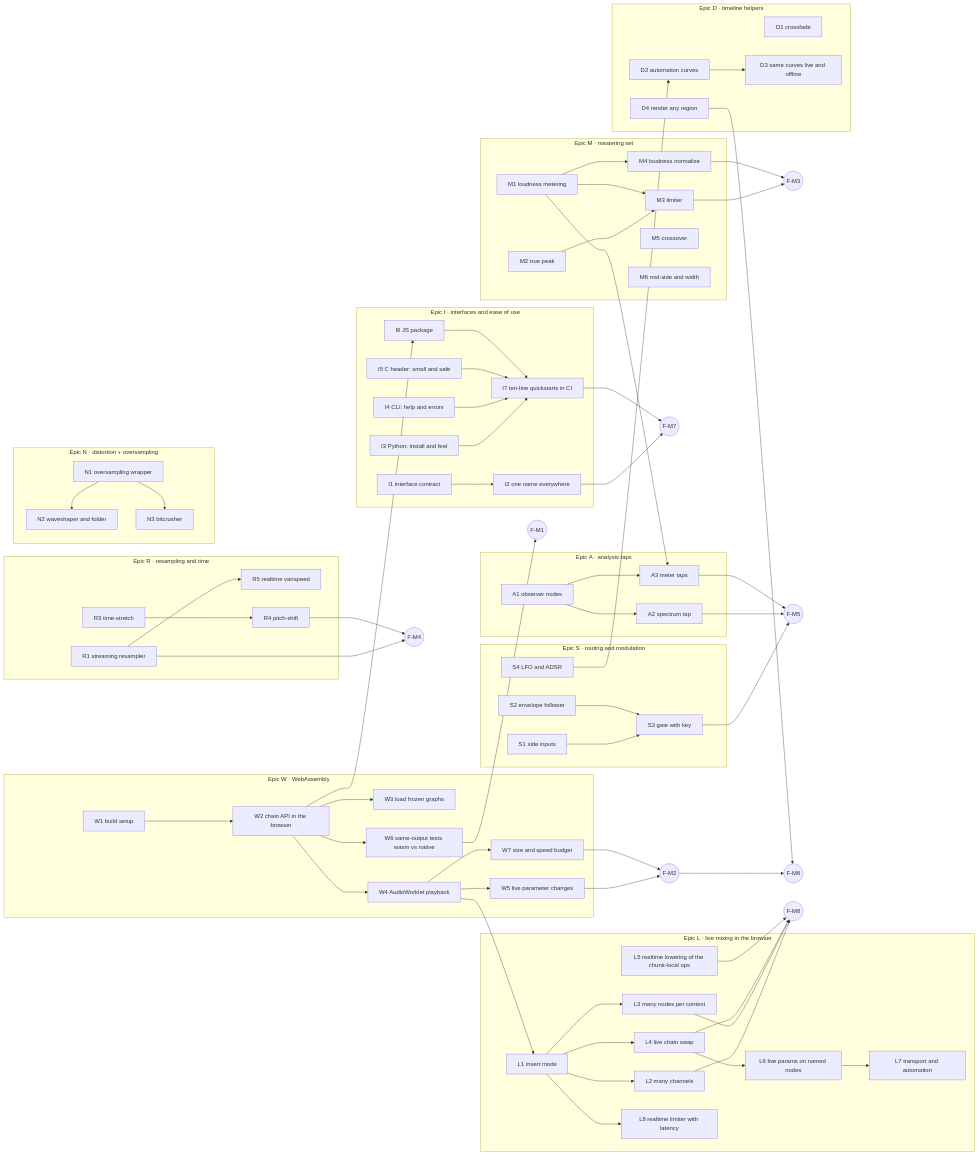
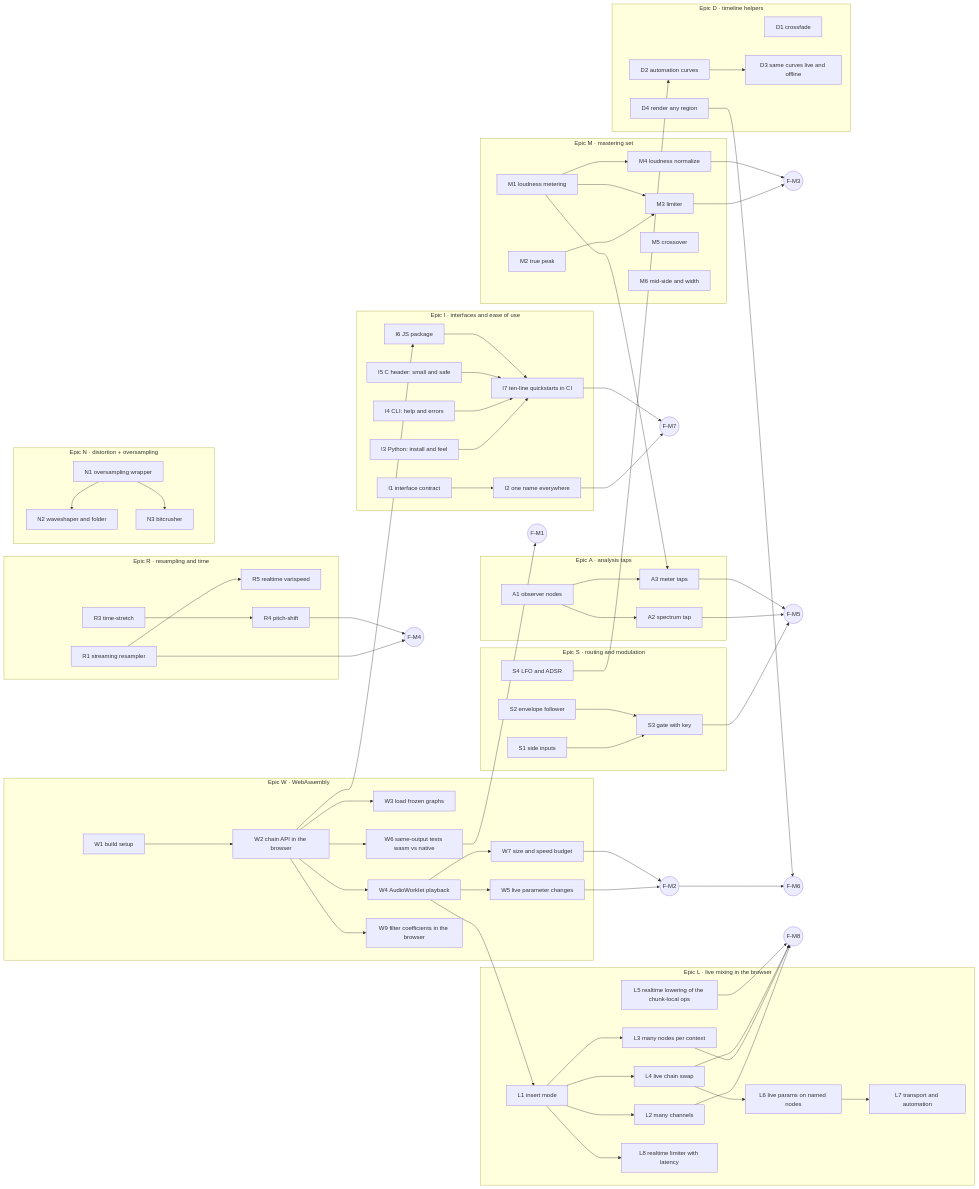
The diagram in ROADMAP.md (matteospanio/fluxion), drawn with Mermaid before and after one commit. The commit also changed other lines of this file, not shown here.

Commit message:
docs(roadmap): W9, filter coefficients and stability in the browser
An EQ editor in a browser host has to draw a chain's frequency response
and refuse an unstable one. Python has sos_coeffs and certify for that;
the wasm Chain has neither, so a host would re-derive the RBJ formulas
in JS and draw a curve fluxion does not render. W9 exposes both, with
the check written first: exact equality with native graph_to_sos, and
|H| from the sections against the DFT of an impulse render.

```diff
--- a/ROADMAP.md
+++ b/ROADMAP.md
@@ -54,6 +54,7 @@
         W4 --> W5[W5 live parameter changes]
         W2 --> W6[W6 same-output tests wasm vs native]
         W4 --> W7[W7 size and speed budget]
+        W2 --> W9[W9 filter coefficients in the browser]
     end
     subgraph I["Epic I · interfaces and ease of use"]
         I1[I1 interface contract] --> I2[I2 one name everywhere]
```
